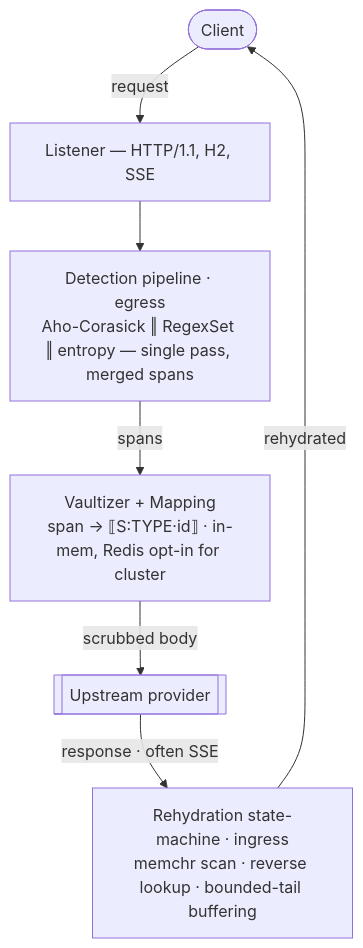
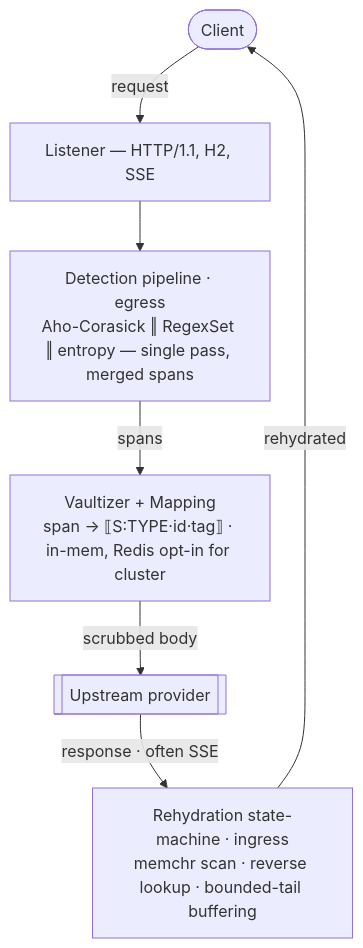
One commit to scrub-dev/source-code changed the diagram in DESIGN.md. Above: the diagram before and after it, drawn with Mermaid. The commit also changed other lines of this file and 22 other files, not shown here.

````diff
--- a/DESIGN.md
+++ b/DESIGN.md
@@ -232,9 +236,9 @@
 ```mermaid
 flowchart TD
     C(["Client"]) -->|request| L["Listener — HTTP/1.1, H2, SSE"]
     L --> D["Detection pipeline · egress<br/>Aho-Corasick ‖ RegexSet ‖ entropy — single pass, merged spans"]
-    D -->|spans| V["Vaultizer + Mapping<br/>span → ⟦S:TYPE·id⟧ · in-mem, Redis opt-in for cluster"]
+    D -->|spans| V["Vaultizer + Mapping<br/>span → ⟦S:TYPE·id·tag⟧ · in-mem, Redis opt-in for cluster"]
     V -->|scrubbed body| U[["Upstream provider"]]
     U -->|"response · often SSE"| R["Rehydration state-machine · ingress<br/>memchr scan · reverse lookup · bounded-tail buffering"]
     R -->|rehydrated| C
 ```
````
